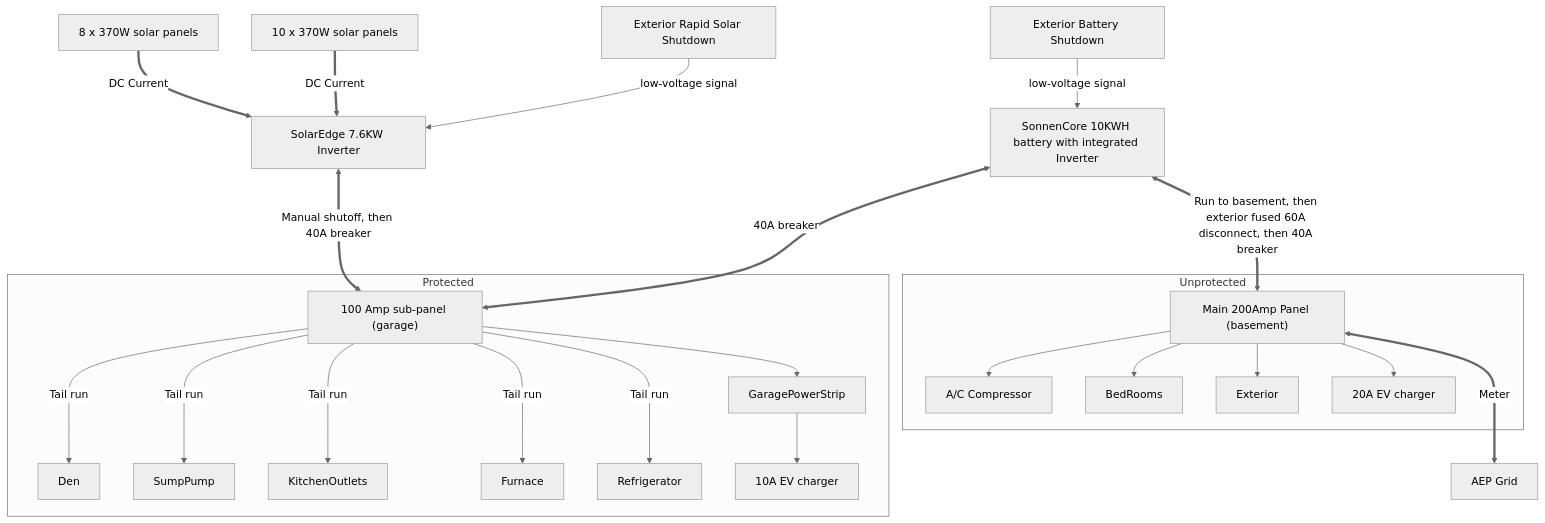
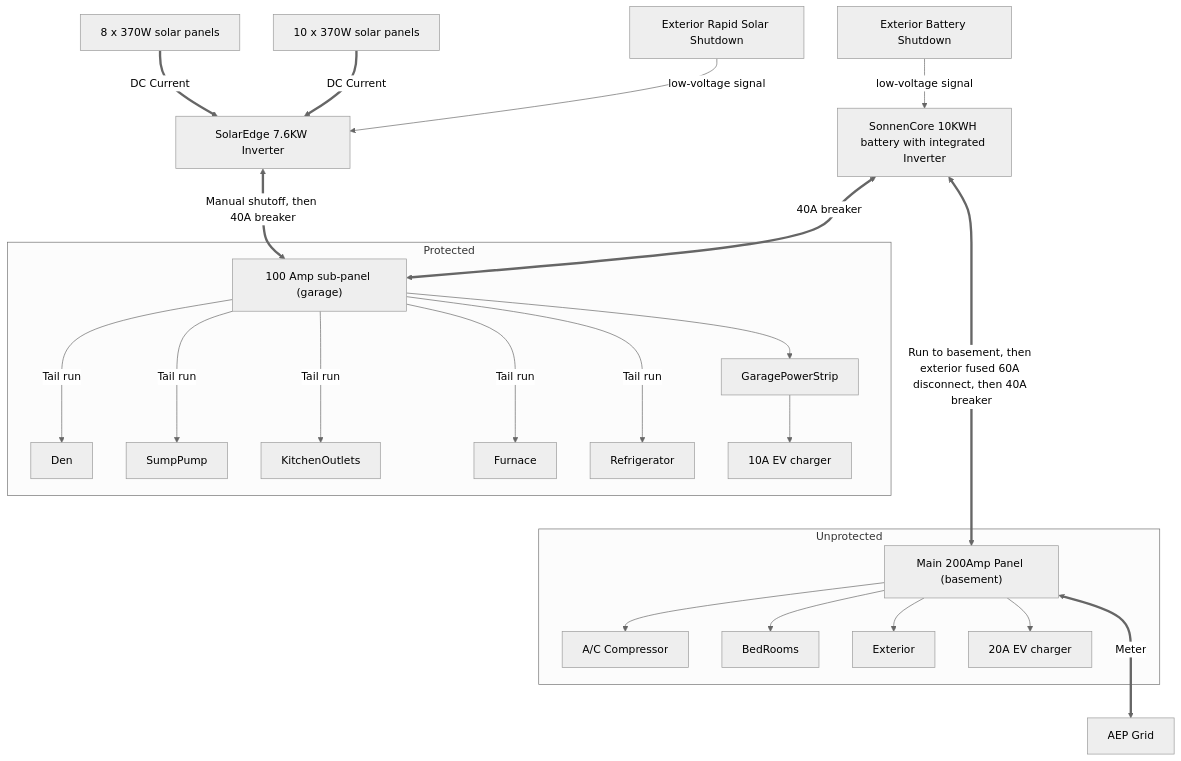
Before and after one commit to marshallflax/vision: the seventh of 7 diagrams in solar.md, drawn with Mermaid (neutral theme). The commit also changed other lines of this file, not shown here.

Commit message:
Better layout

````diff
--- a/solar.md
+++ b/solar.md
@@ -173,26 +173,26 @@
 ```mermaid
 graph TB;
  Panels1["8 x 370W solar panels"]==>|"DC Current"|Inverter
  Panels2["10 x 370W solar panels"]==>|"DC Current"|Inverter
  ExteriorRapidShutdown["Exterior Rapid Solar Shutdown"]-->|"low-voltage signal"|Inverter
  Inverter["SolarEdge 7.6KW Inverter"]<==>|Manual shutoff, then 40A breaker|ProtectedPanel["100 Amp sub-panel (garage)"]
  Sonnen<==>|"40A breaker"|ProtectedPanel
   subgraph Protected
     ProtectedPanel--->|"Tail run"|Den
     ProtectedPanel--->|"Tail run"|SumpPump
     ProtectedPanel--->|"Tail run"|KitchenOutlets
     ProtectedPanel--->|"Tail run"|Furnace
     ProtectedPanel--->|"Tail run"|Refrigerator
     ProtectedPanel-->GaragePowerStrip
     GaragePowerStrip-->CarCharger10["10A EV charger"]
   end
  ExteriorBatteryShutdown["Exterior Battery Shutdown"]-->|"low-voltage signal"|Sonnen["SonnenCore 10KWH battery with integrated Inverter"]
- Sonnen<==>|"Run to basement, then exterior fused 60A disconnect, then 40A breaker"|MainPanel["Main 200Amp Panel (basement)"]
+ Sonnen<=====>|"Run to basement, then exterior fused 60A disconnect, then 40A breaker"|MainPanel["Main 200Amp Panel (basement)"]
   subgraph Unprotected
     MainPanel-->AC["A/C Compressor"]
     MainPanel-->BedRooms
     MainPanel-->Exterior
     MainPanel-->CarCharger["20A EV charger"]
   end
     MainPanel<===>|Meter|Grid["AEP Grid"]
 ```
````
